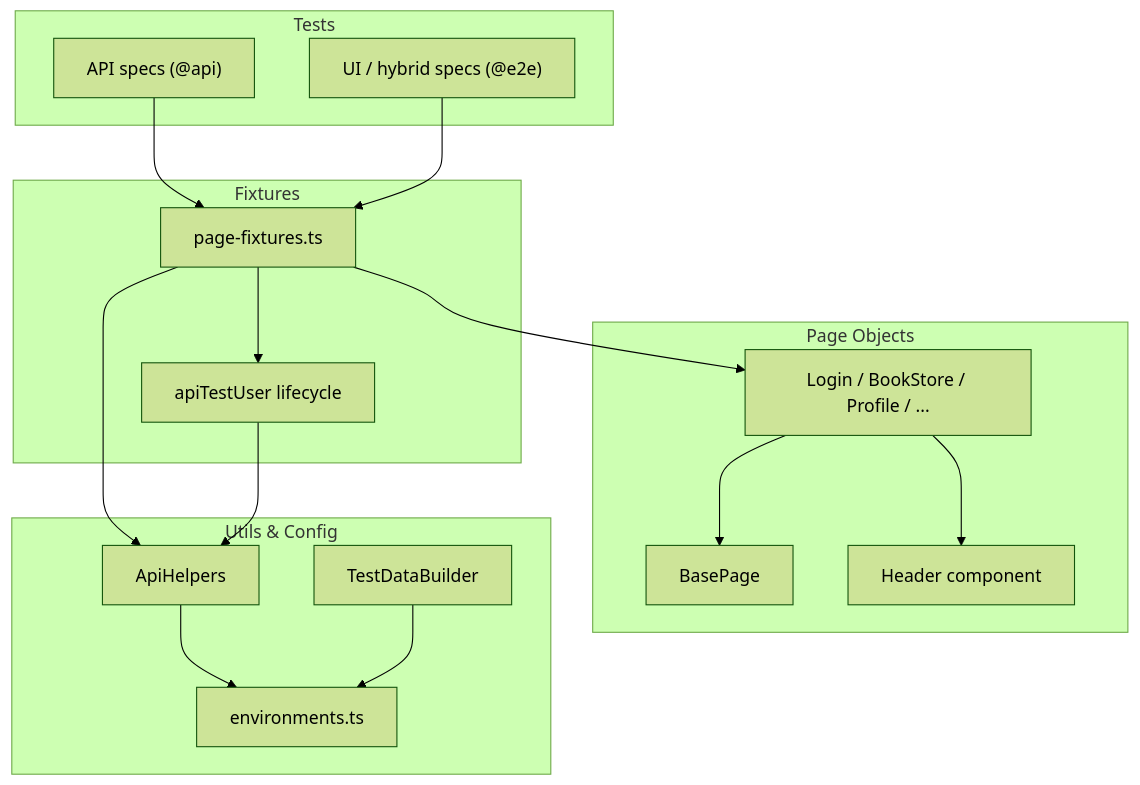
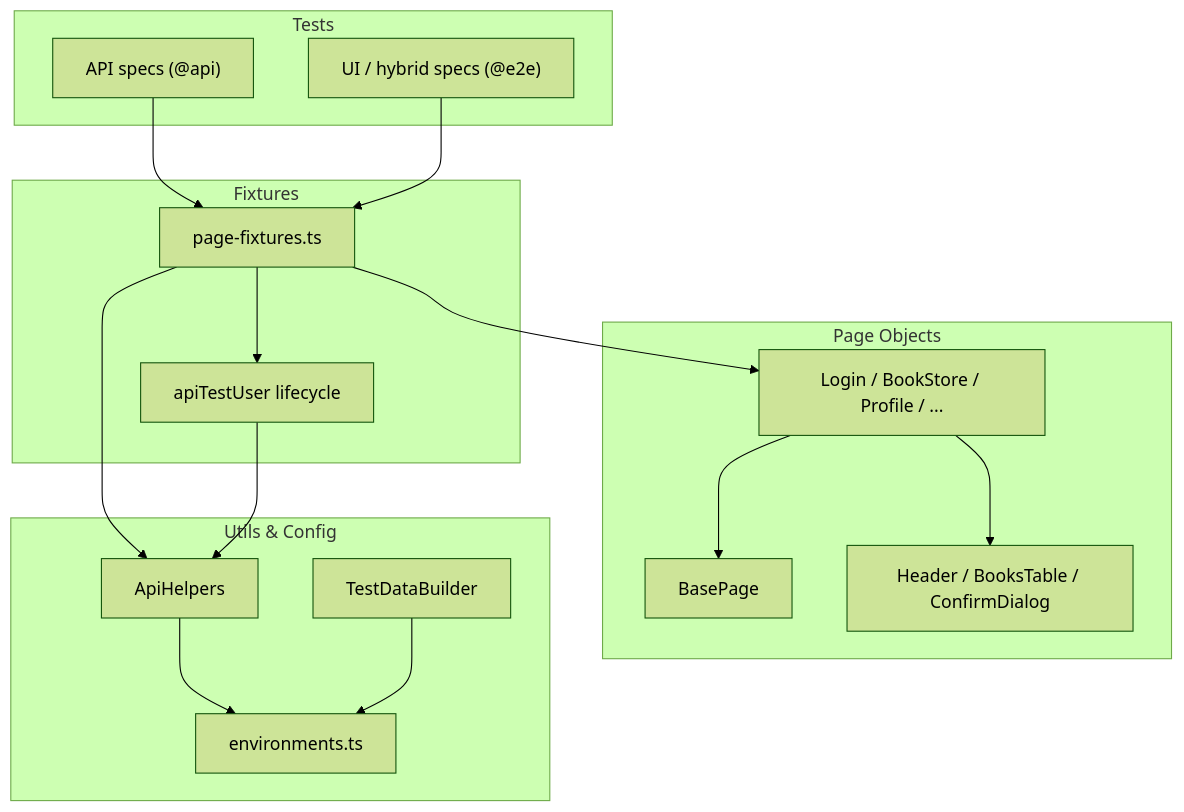
Before and after one commit to GGrudev/demoqa-bookstore-playwright-ts: the diagram in README.md, drawn with Mermaid (forest theme). The commit also changed other lines of this file and 21 other files, not shown here.

````diff
--- a/README.md
+++ b/README.md
@@ -47,35 +49,35 @@
 ```mermaid
 flowchart TB
     subgraph tests [Tests]
         API["API specs (@api)"]
         E2E["UI / hybrid specs (@e2e)"]
     end
 
     subgraph fixtures [Fixtures]
         PF[page-fixtures.ts]
         ATU[apiTestUser lifecycle]
     end
 
     subgraph pages [Page Objects]
         PO[Login / BookStore / Profile / ...]
         BP[BasePage]
-        HDR[Header component]
+        COMP[Header / BooksTable / ConfirmDialog]
     end
 
     subgraph utils [Utils & Config]
         AH[ApiHelpers]
         TD[TestDataBuilder]
         ENV[environments.ts]
     end
 
     API --> PF
     E2E --> PF
     PF --> PO
     PF --> AH
     PF --> ATU
     ATU --> AH
     PO --> BP
-    PO --> HDR
+    PO --> COMP
     AH --> ENV
     TD --> ENV
 ```
````
